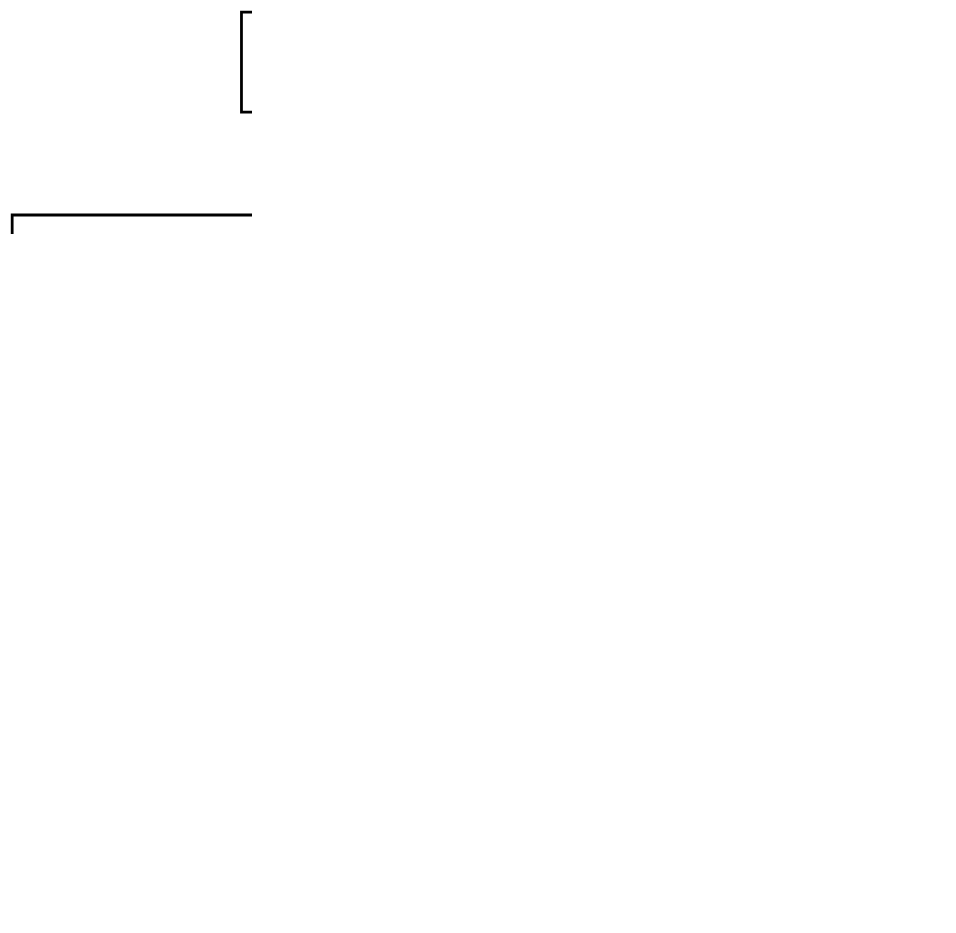
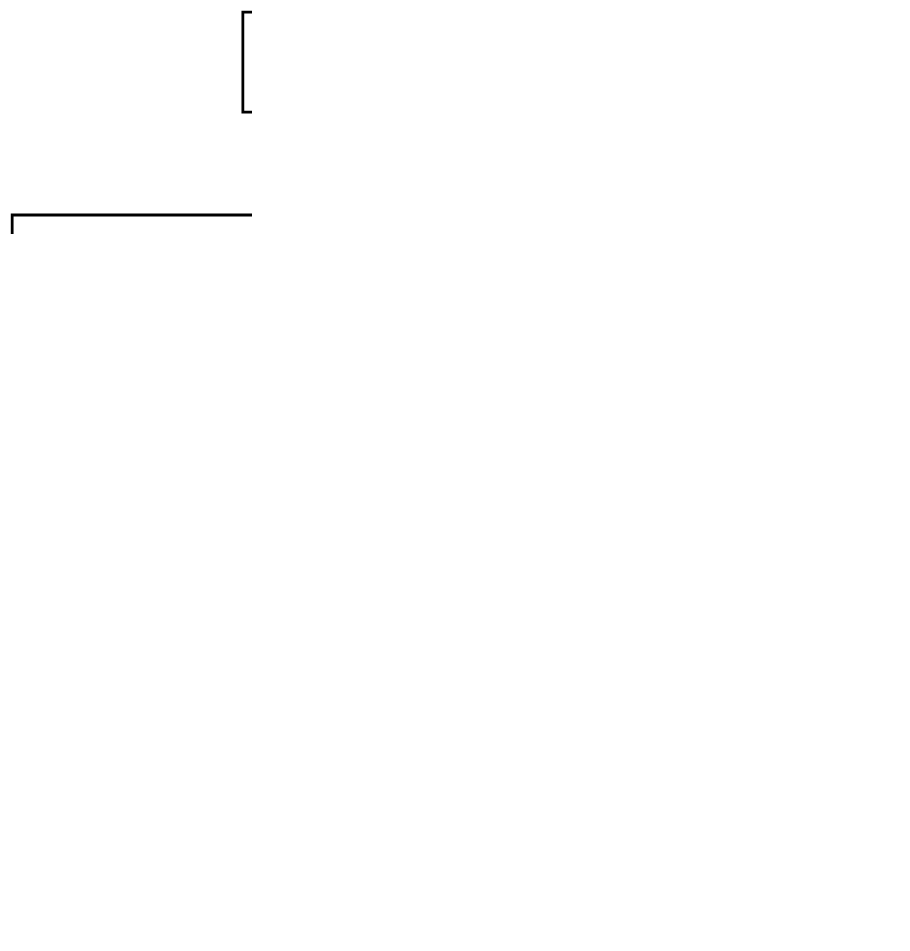
The diagram in 5_ql/doc/graphs/ql_2.dot (basictask/Intelligencia), drawn with Graphviz before and after one commit. The commit also changed 5 other files, not shown here.

```diff
--- a/5_ql/doc/graphs/ql_2.dot
+++ b/5_ql/doc/graphs/ql_2.dot
@@ -1,18 +1,18 @@
 digraph qlearning {
     graph[dpi=300]
 
-    initialize_q_table [label="Q1, Q2 tábla inícializálása", shape=rectangle];
+    initialize_q_table [label=<Q<sub>1</sub>, Q<sub>2</sub> tábla inicializálása>, shape=rectangle];
     choose_action [label="Cselekvés választás a Q-táblák együttese alapján", shape=rectangle];
     perform_action [label="Cselekvés végrehajtás", shape=rectangle];
     measure_reward [label="Jutalom megfigyelése", shape=rectangle];
-    update_q1_table [label="Q1-tábla frissítése", shape=rectangle];
-    update_q2_table [label="Q2-tábla frissítése", shape=rectangle];
+    update_q1_table [label=<Q<sub>1</sub> tábla frissítése>, shape=rectangle];
+    update_q2_table [label=<Q<sub>2</sub> tábla frissítése>, shape=rectangle];
 
     initialize_q_table -> choose_action
     choose_action -> perform_action
     perform_action -> measure_reward
     measure_reward -> update_q1_table [label="50%"]
     update_q1_table -> choose_action
     measure_reward -> update_q2_table [label="50%"]
     update_q2_table -> choose_action
 }
```
